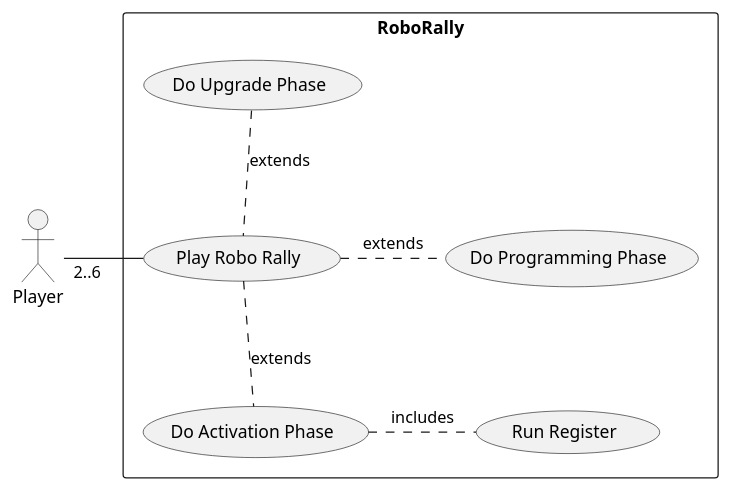
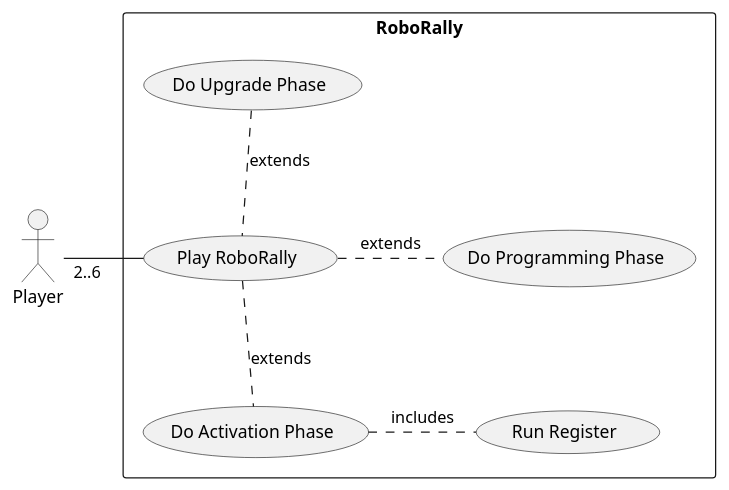
Before and after one commit to MikaelFangel/RoboRally: the diagram in diagrams/uc_diagram.puml, drawn with PlantUML. The commit also changed 2 other files, not shown here.

```diff
--- a/diagrams/uc_diagram.puml
+++ b/diagrams/uc_diagram.puml
@@ -1,16 +1,16 @@
 @startuml
 rectangle "RoboRally" {
-    usecase (Play Robo Rally) as play
+    usecase (Play RoboRally) as play
     usecase (Do Upgrade Phase) as phase1
     usecase (Do Programming Phase) as phase2
     usecase (Do Activation Phase) as phase3
     usecase (Run Register) as phase3sub
 }
 
 Player "2..6" -r- play : \t
 
 phase1 .d. play : extends
 phase2 .l. play : extends
 phase3 .u. play : extends
 phase3 .r. phase3sub : includes
 @enduml
```
